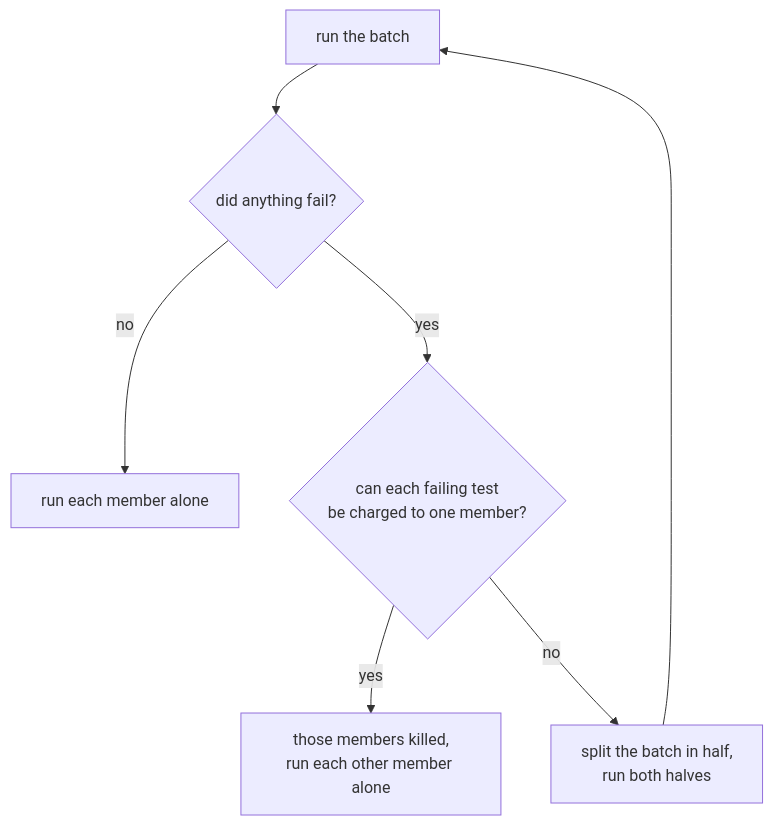
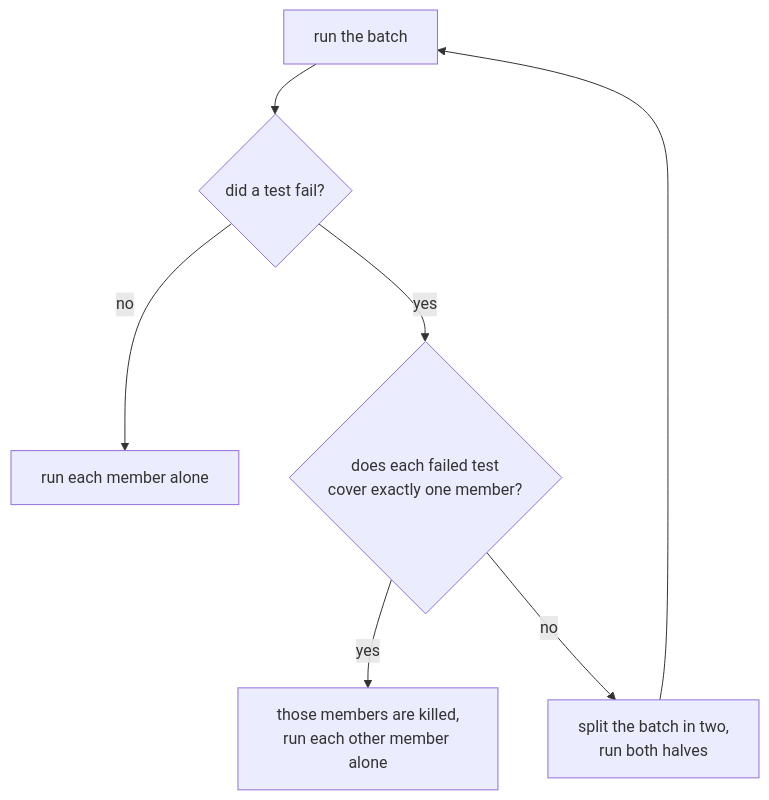
The diagram in docs/01-batch-mutating.md (kvandeh/Angelo), drawn with Mermaid before and after one commit. The commit also changed other lines of this file and 19 other files, not shown here.

````diff
--- a/docs/01-batch-mutating.md
+++ b/docs/01-batch-mutating.md
@@ -59,9 +58,9 @@
 ```mermaid
 flowchart TD
-    A[run the batch] --> B{did anything fail?}
+    A[run the batch] --> B{did a test fail?}
     B -->|no| C[run each member alone]
-    B -->|yes| D{can each failing test<br/>be charged to one member?}
-    D -->|yes| E[those members killed,<br/>run each other member alone]
-    D -->|no| F[split the batch in half,<br/>run both halves]
+    B -->|yes| D{does each failed test<br/>cover exactly one member?}
+    D -->|yes| E[those members are killed,<br/>run each other member alone]
+    D -->|no| F[split the batch in two,<br/>run both halves]
     F --> A
 ```
````
